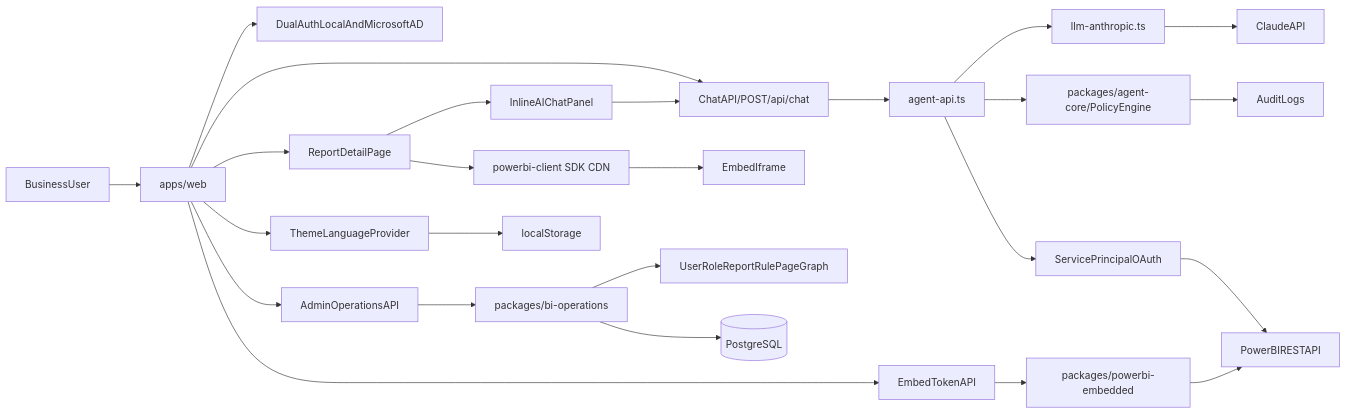
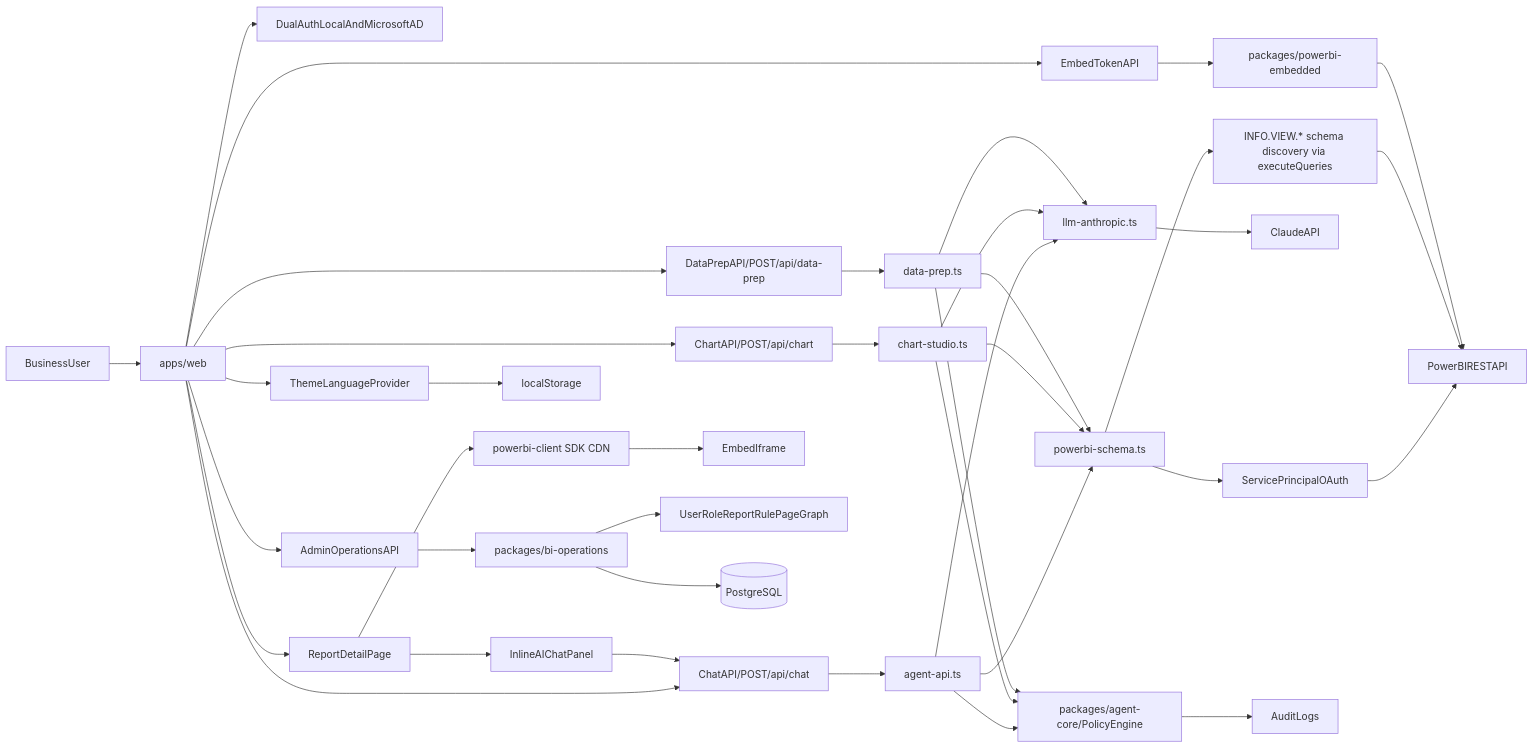
Before and after one commit to sonnguyendataai/powerbi-ai-portal: the diagram in docs/architecture/overview.md, drawn with Mermaid. The commit also changed other lines of this file and 2 other files, not shown here.

Commit message:
docs: document schema discovery, AI chart/data-prep, sync fixes, and UX changes
Update AGENTS.md, README, and architecture/overview to reflect the recent work:
- powerbi-schema.ts as the shared Power BI helper (auth, executeQueries, error
  extraction, INFO.VIEW.* schema discovery) and the INFO.VIEW.* vs INFO.COLUMNS
  distinction.
- "pbi.error" (dotted) error-envelope key and the self-correcting DAX retry.
- Chart Studio and Data Prep are now Anthropic-backed and schema-grounded.
- Sync write batching (runInBatch) to avoid 504, and reloadBiOperationsService
  on cache miss to avoid cross-instance run_not_found.
- UI: agent/chart data-scope selectors, structured chart/data-prep output, and
  the inline chat Clear action.

````diff
--- a/docs/architecture/overview.md
+++ b/docs/architecture/overview.md
@@ -5,27 +5,40 @@
 ```mermaid
 flowchart LR
   user[BusinessUser] --> portal[apps/web]
   portal --> appAuth[DualAuthLocalAndMicrosoftAD]
   portal --> embedApi[EmbedTokenAPI]
   portal --> chatApi[ChatAPI/POST/api/chat]
+  portal --> chartApi[ChartAPI/POST/api/chart]
+  portal --> prepApi[DataPrepAPI/POST/api/data-prep]
   chatApi --> agentApi[agent-api.ts]
+  chartApi --> chartStudio[chart-studio.ts]
+  prepApi --> dataPrep[data-prep.ts]
   agentApi --> policy[packages/agent-core/PolicyEngine]
-  agentApi --> pbiOAuth[ServicePrincipalOAuth]
+  chartStudio --> policy
+  dataPrep --> policy
+  agentApi --> pbiSchema[powerbi-schema.ts]
+  chartStudio --> pbiSchema
+  dataPrep --> pbiSchema
+  pbiSchema --> pbiOAuth[ServicePrincipalOAuth]
+  pbiSchema --> infoView[INFO.VIEW.* schema discovery via executeQueries]
   pbiOAuth --> pbiRest[PowerBIRESTAPI]
+  infoView --> pbiRest
   agentApi --> llm[llm-anthropic.ts]
+  chartStudio --> llm
+  dataPrep --> llm
   llm --> claude[ClaudeAPI]
   embedApi --> embedSvc[packages/powerbi-embedded]
   embedSvc --> pbiRest
   portal --> reportView[ReportDetailPage]
   reportView --> pbiSdk[powerbi-client SDK CDN]
   pbiSdk --> embedIframe[EmbedIframe]
   reportView --> chatPanel[InlineAIChatPanel]
   chatPanel --> chatApi
   portal --> adminApi[AdminOperationsAPI]
   adminApi --> biOps[packages/bi-operations]
   biOps --> roleGraph[UserRoleReportRulePageGraph]
   biOps --> postgres[(PostgreSQL)]
   policy --> audit[AuditLogs]
   portal --> themeI18n[ThemeLanguageProvider]
   themeI18n --> localStorage[localStorage]
 ```
````
